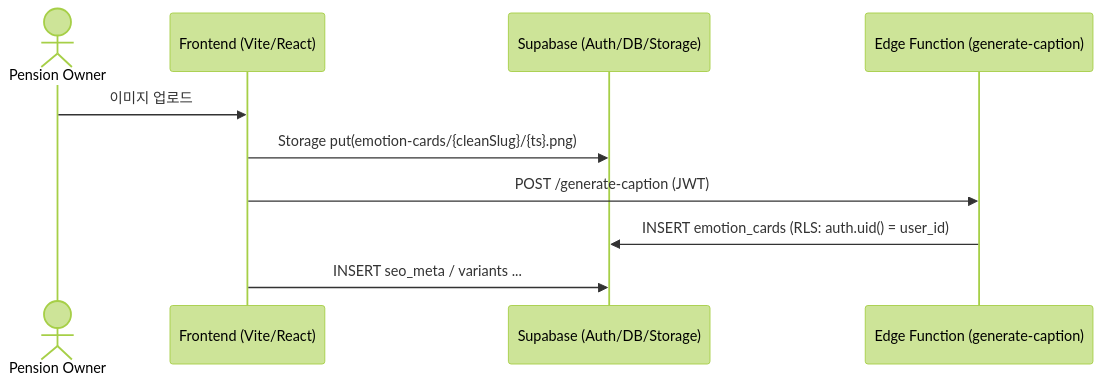
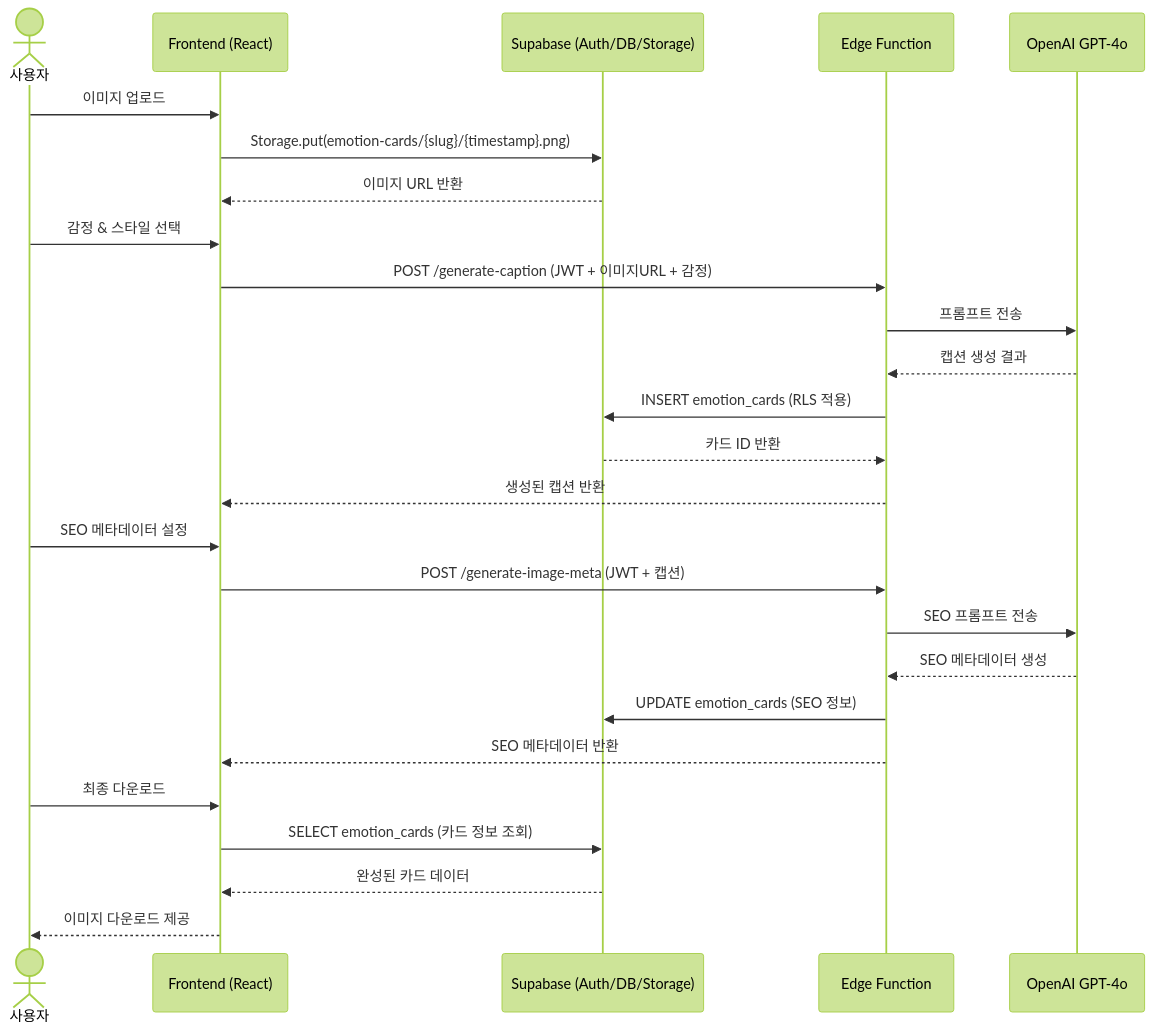
One commit to psb1792/StayPost changed the second of 3 diagrams in docs/ARCHITECTURE.md. Above: the diagram before and after it, drawn with Mermaid (forest theme). The commit also changed other lines of this file and 10 other files, not shown here.

````diff
--- a/docs/ARCHITECTURE.md
+++ b/docs/ARCHITECTURE.md
@@ -31,13 +33,32 @@
 ```mermaid
 sequenceDiagram
-  actor Owner as Pension Owner
-  participant FE as Frontend (Vite/React)
-  participant SB as Supabase (Auth/DB/Storage)
-  participant OF as Edge Function (generate-caption)
+    actor User as 사용자
+    participant FE as Frontend (React)
+    participant SB as Supabase (Auth/DB/Storage)
+    participant EF as Edge Function
+    participant AI as OpenAI GPT-4o
 
-  Owner->>FE: 이미지 업로드
-  FE->>SB: Storage put(emotion-cards/{cleanSlug}/{ts}.png)
-  FE->>OF: POST /generate-caption (JWT)
-  OF->>SB: INSERT emotion_cards (RLS: auth.uid() = user_id)
-  FE->>SB: INSERT seo_meta / variants ...
+    User->>FE: 이미지 업로드
+    FE->>SB: Storage.put(emotion-cards/{slug}/{timestamp}.png)
+    SB-->>FE: 이미지 URL 반환
+    
+    User->>FE: 감정 & 스타일 선택
+    FE->>EF: POST /generate-caption (JWT + 이미지URL + 감정)
+    EF->>AI: 프롬프트 전송
+    AI-->>EF: 캡션 생성 결과
+    EF->>SB: INSERT emotion_cards (RLS 적용)
+    SB-->>EF: 카드 ID 반환
+    EF-->>FE: 생성된 캡션 반환
+    
+    User->>FE: SEO 메타데이터 설정
+    FE->>EF: POST /generate-image-meta (JWT + 캡션)
+    EF->>AI: SEO 프롬프트 전송
+    AI-->>EF: SEO 메타데이터 생성
+    EF->>SB: UPDATE emotion_cards (SEO 정보)
+    EF-->>FE: SEO 메타데이터 반환
+    
+    User->>FE: 최종 다운로드
+    FE->>SB: SELECT emotion_cards (카드 정보 조회)
+    SB-->>FE: 완성된 카드 데이터
+    FE-->>User: 이미지 다운로드 제공
 ```
````
